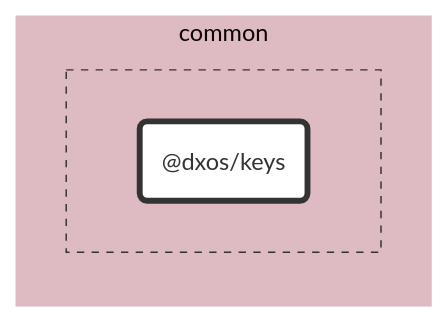
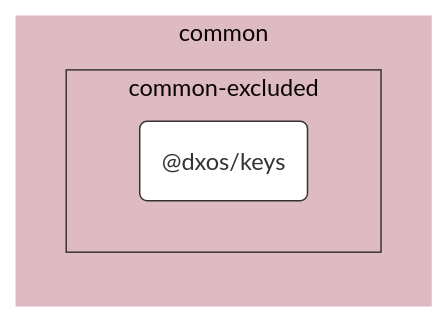
The diagram in packages/common/keys/docs/README.md (dxos/dxos), drawn with Mermaid (base theme) before and after one commit. The commit also changed 87 other files, not shown here.

````diff
--- a/packages/common/keys/docs/README.md
+++ b/packages/common/keys/docs/README.md
@@ -7,30 +7,24 @@
 ```mermaid
 %%{ init: {'flowchart':{'curve':'basis'}} }%%
 
 flowchart LR
 
-%% Links
+%% Classes
+classDef def fill:#fff,stroke:#333,stroke-width:1px
+classDef root fill:#fff,stroke:#333,stroke-width:4px
 
-%% Sections
-subgraph common
-  style common fill:#debac2,stroke:#fff;
+%% Nodes
 
+subgraph common [common]
+  style common fill:#debac2,stroke:#fff
 
-  subgraph common-excluded [ ]
-    style common-excluded fill:#debac2,stroke:#333,stroke-dasharray:5 5;
-
-    dxos/keys("@dxos/keys")
+  subgraph common-excluded [common-excluded]
+    style common-excluded fill:#debac2,stroke:#333,stroke-dashed:5 5
+    dxos/keys("@dxos/keys"):::def
+    click dxos/keys "dxos/dxos/tree/main/packages/common/keys/docs"
   end
 end
 
-
-%% Hyperlinks
-
-%% Styles
-classDef rootNode fill:#fff,stroke:#333,stroke-width:4px
-classDef defaultNode fill:#fff,stroke:#333,stroke-width:1px
+%% Links
 linkStyle default stroke:#333,stroke-width:1px
-
-dxos/keys:::rootNode
-
 ```
````
